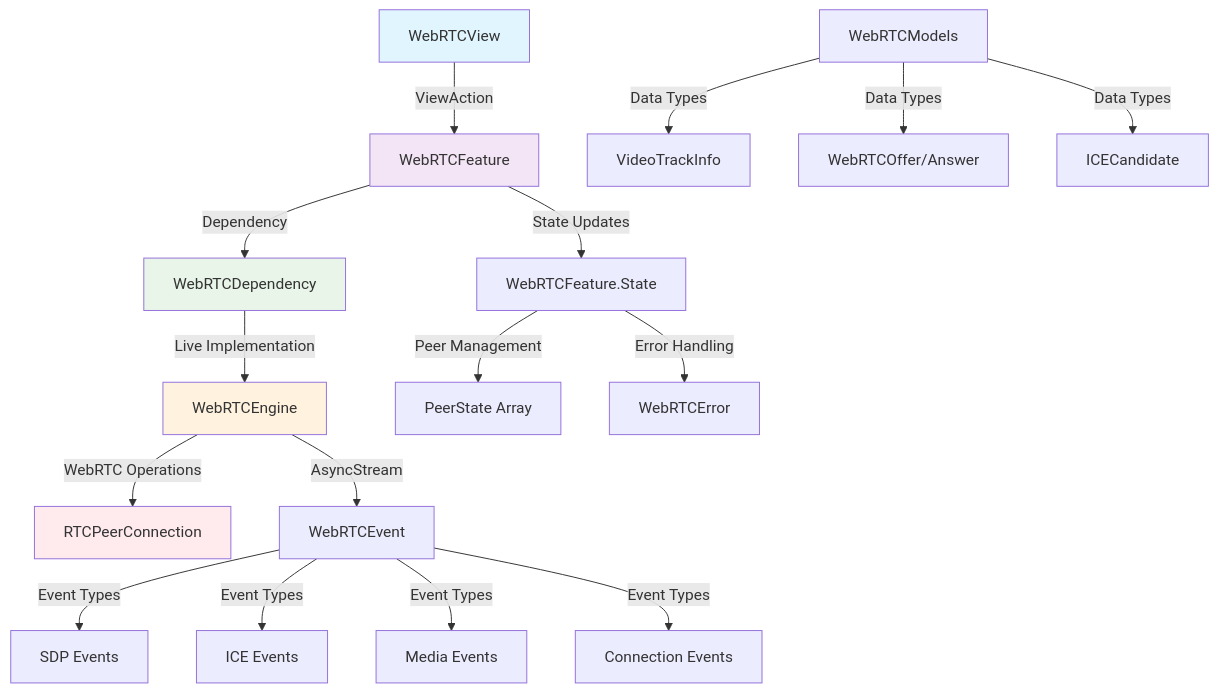
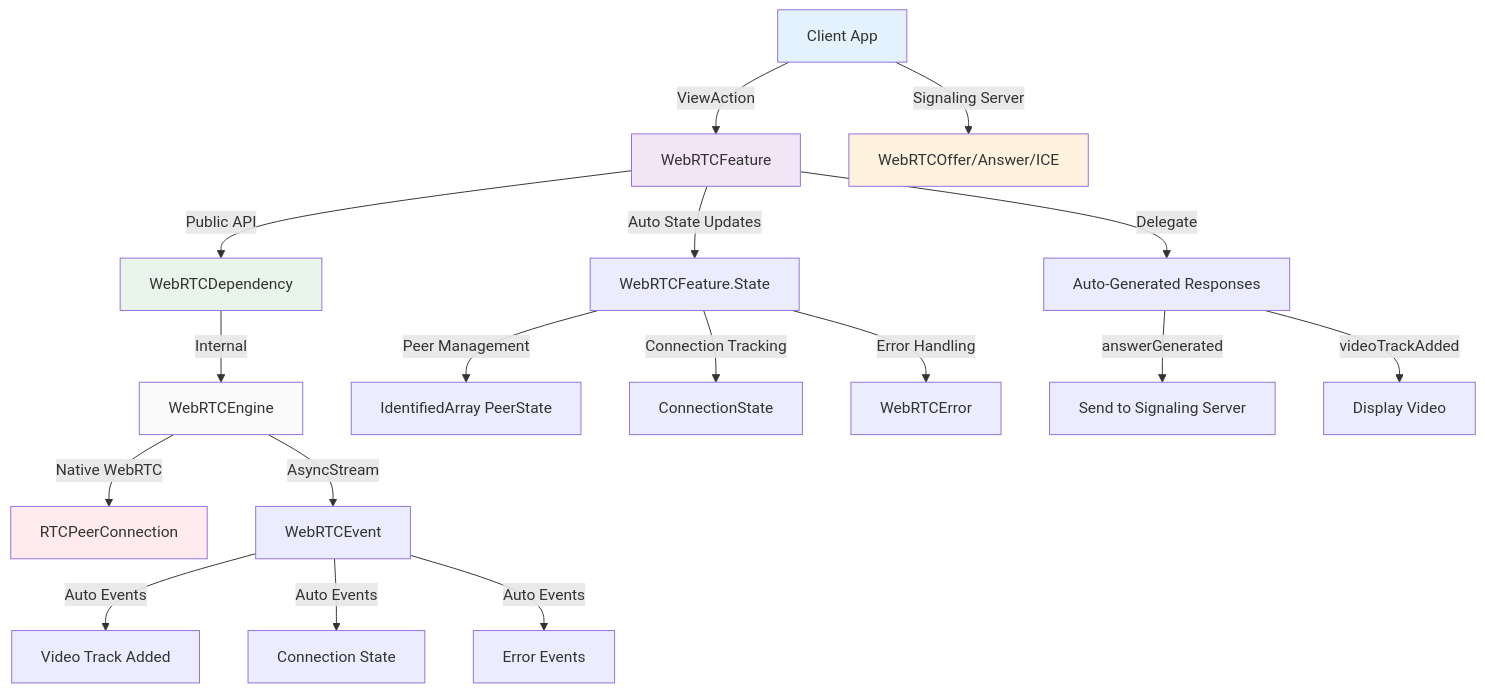
One commit to Paintjed/WebRTCCore changed the first of 2 diagrams in README.md. Above: the diagram before and after it, drawn with Mermaid. The commit also changed other lines of this file, not shown here.

First line of the commit message:
docs: Update README.md for simplified receive-only WebRTC API

````diff
--- a/README.md
+++ b/README.md
@@ -16,27 +18,30 @@
 ```mermaid
 graph TD
-    A[WebRTCView] -->|ViewAction| B[WebRTCFeature]
-    B -->|Dependency| C[WebRTCDependency]
-    C -->|Live Implementation| D[WebRTCEngine]
-    D -->|WebRTC Operations| E[RTCPeerConnection]
+    A[Client App] -->|ViewAction| B[WebRTCFeature]
+    A -->|Signaling Server| S[WebRTCOffer/Answer/ICE]
     
-    B -->|State Updates| F[WebRTCFeature.State]
-    F -->|Peer Management| G[PeerState Array]
-    F -->|Error Handling| H[WebRTCError]
+    B -->|Public API| C[WebRTCDependency]
+    C -->|Internal| D[WebRTCEngine]
+    D -->|Native WebRTC| E[RTCPeerConnection]
     
-    D -->|AsyncStream| I[WebRTCEvent]
-    I -->|Event Types| J[SDP Events]
-    I -->|Event Types| K[ICE Events]  
-    I -->|Event Types| L[Media Events]
-    I -->|Event Types| M[Connection Events]
+    B -->|Auto State Updates| F[WebRTCFeature.State]
+    F -->|Peer Management| G[IdentifiedArray PeerState]
+    F -->|Connection Tracking| H[ConnectionState]
+    F -->|Error Handling| I[WebRTCError]
     
-    N[WebRTCModels] -->|Data Types| O[VideoTrackInfo]
-    N -->|Data Types| P[WebRTCOffer/Answer]
-    N -->|Data Types| Q[ICECandidate]
+    D -->|AsyncStream| J[WebRTCEvent]
+    J -->|Auto Events| K[Video Track Added]
+    J -->|Auto Events| L[Connection State]
+    J -->|Auto Events| M[Error Events]
     
-    style A fill:#e1f5fe
+    B -->|Delegate| N[Auto-Generated Responses]
+    N -->|answerGenerated| O[Send to Signaling Server]
+    N -->|videoTrackAdded| P[Display Video]
+    
+    style A fill:#e3f2fd
     style B fill:#f3e5f5
     style C fill:#e8f5e8
-    style D fill:#fff3e0
+    style S fill:#fff3e0
+    style D fill:#fafafa
     style E fill:#ffebee
 ```
````
